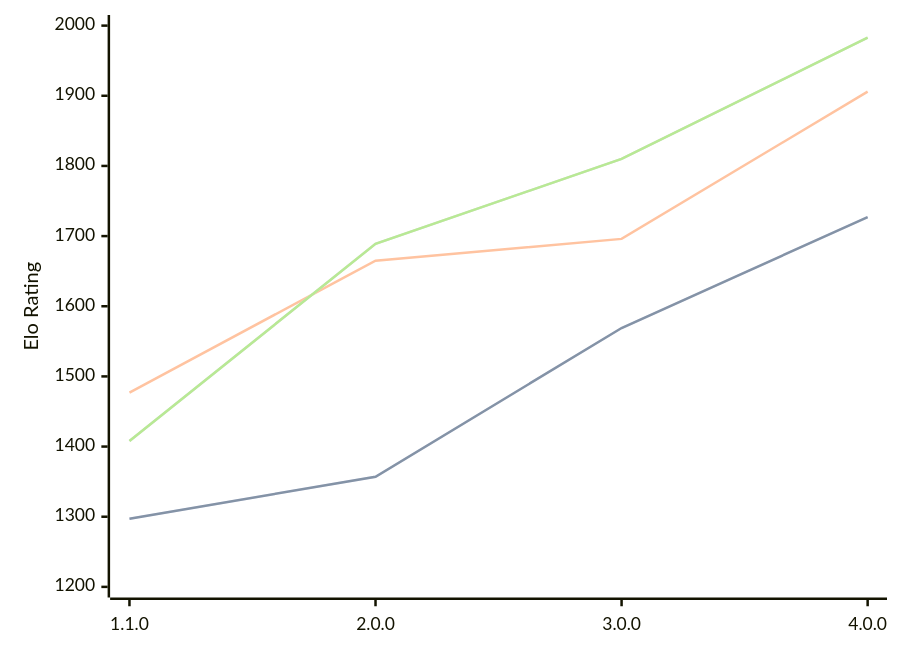
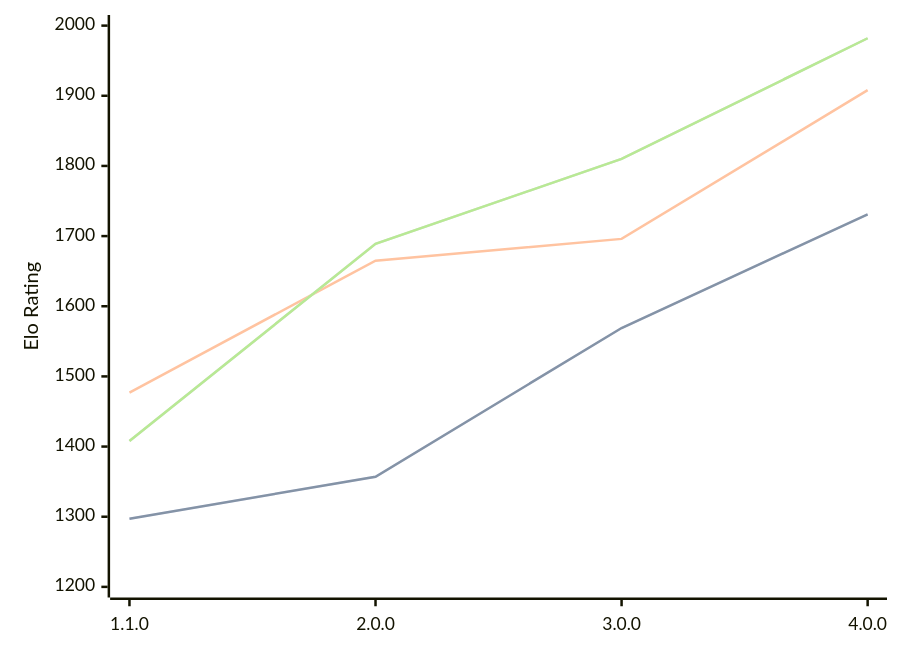
One commit to computer-chess-index/cci changed the diagram in engines/Laura.md. Above: the diagram before and after it, drawn with Mermaid. The commit also changed other lines of this file, not shown here.

Commit message:
Update CCI Ratings (ELO VLTC) - 2026-08-29

````diff
--- a/engines/Laura.md
+++ b/engines/Laura.md
@@ -34,11 +34,11 @@
 ```mermaid
 %%{init: {"theme":"base","themeVariables":{"seriesColors:['#a3a3a3','#222221','#faa371']}}}%%
 xychart-beta
   x-axis ["1.1.0", "2.0.0", "3.0.0", "4.0.0"]
   y-axis "Elo Rating" 1200 --> 2000
-  line "" [1297, 1357, 1569, 1727]
-  line "STC (8.0+0.08s)" [1297, 1357, 1569, 1727]
-  line "LTC (60.0+0.60s)" [1477, 1665, 1696, 1906]
-  line "" [1408, 1689, 1810, 1983]
-  line "VLTC (2m24s+1.12s)" [1408, 1689, 1810, 1983]
+  line "" [1297, 1357, 1569, 1731]
+  line "STC (8.0+0.08s)" [1297, 1357, 1569, 1731]
+  line "LTC (60.0+0.60s)" [1477, 1665, 1696, 1908]
+  line "" [1408, 1689, 1810, 1982]
+  line "VLTC (2m24s+1.12s)" [1408, 1689, 1810, 1982]
 ```
````
